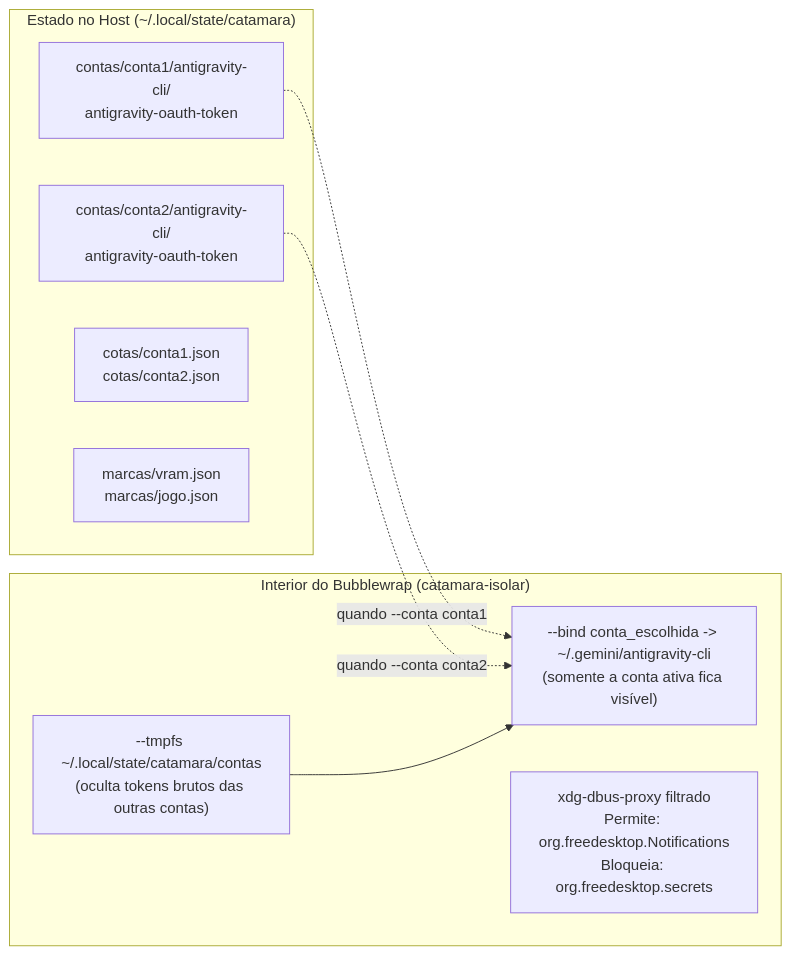
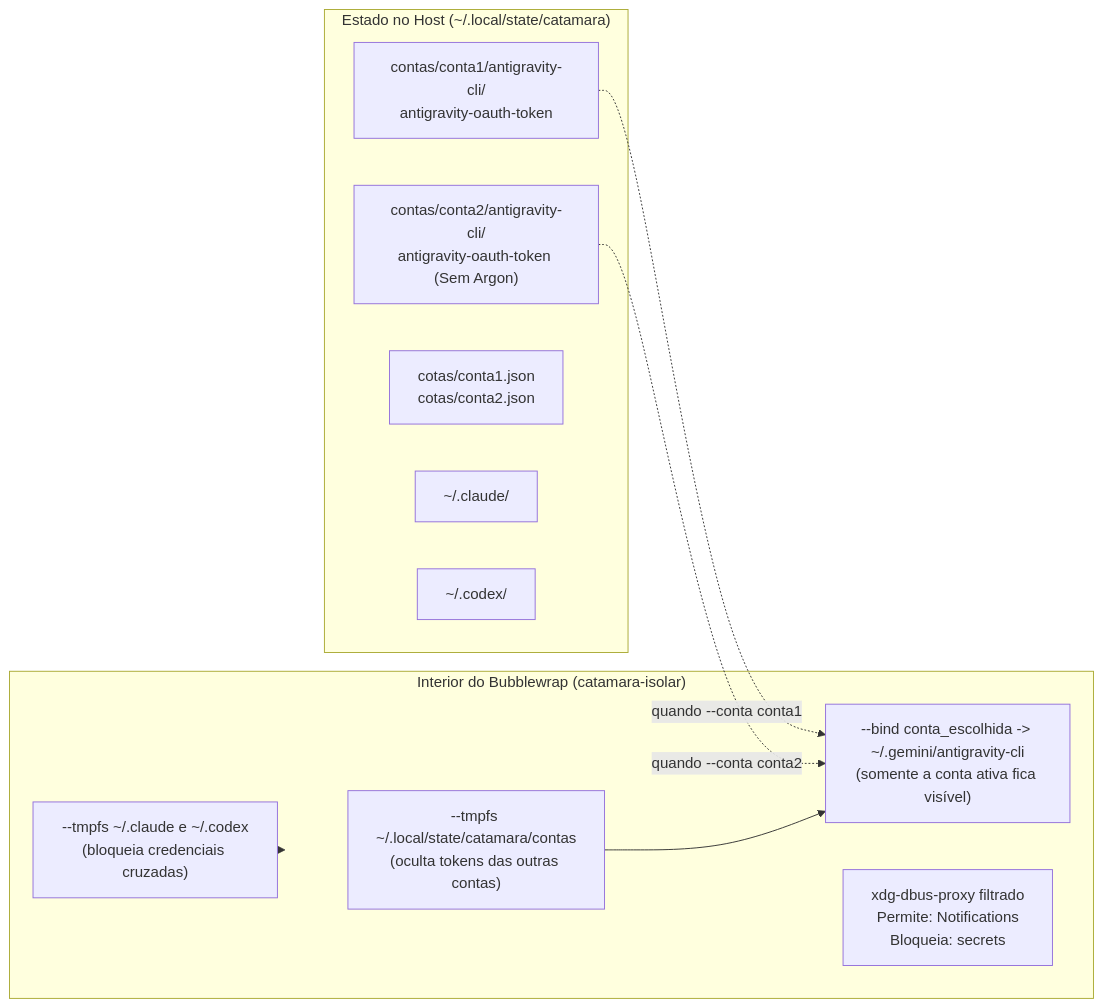
The third of 3 diagrams in README.md (felipintoslv/catamara), drawn with Mermaid before and after one commit. The commit also changed other lines of this file and 4 other files, not shown here.

````diff
--- a/README.md
+++ b/README.md
@@ -111,19 +127,22 @@
 ```mermaid
 flowchart LR
     subgraph Host["Estado no Host (~/.local/state/catamara)"]
         C1["contas/conta1/antigravity-cli/<br>antigravity-oauth-token"]
-        C2["contas/conta2/antigravity-cli/<br>antigravity-oauth-token"]
+        C2["contas/conta2/antigravity-cli/<br>antigravity-oauth-token (Sem Argon)"]
         COTAS["cotas/conta1.json<br>cotas/conta2.json"]
-        MARCAS["marcas/vram.json<br>marcas/jogo.json"]
+        CLAUDE_CREDS["~/.claude/"]
+        CODEX_CREDS["~/.codex/"]
     end
 
     subgraph Sandbox["Interior do Bubblewrap (catamara-isolar)"]
-        TMP_CONTAS["--tmpfs ~/.local/state/catamara/contas<br>(oculta tokens brutos das outras contas)"]
+        TMP_CONTAS["--tmpfs ~/.local/state/catamara/contas<br>(oculta tokens das outras contas)"]
+        TMP_CROSS["--tmpfs ~/.claude e ~/.codex<br>(bloqueia credenciais cruzadas)"]
         BIND_ATIVA["--bind conta_escolhida -> ~/.gemini/antigravity-cli<br>(somente a conta ativa fica visível)"]
-        DBUS["xdg-dbus-proxy filtrado<br>Permite: org.freedesktop.Notifications<br>Bloqueia: org.freedesktop.secrets"]
+        DBUS["xdg-dbus-proxy filtrado<br>Permite: Notifications<br>Bloqueia: secrets"]
     end
 
     C1 -.->|"quando --conta conta1"| BIND_ATIVA
     C2 -.->|"quando --conta conta2"| BIND_ATIVA
     TMP_CONTAS --> BIND_ATIVA
+    TMP_CROSS --> Sandbox
 ```
````
